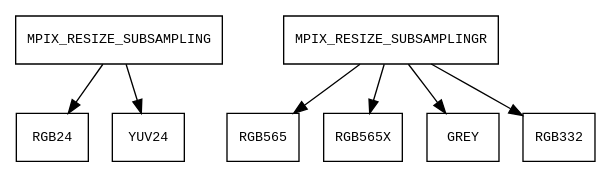
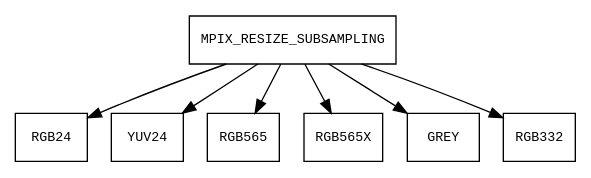
Before and after one commit to thecapn32/libmpix: the diagram in docs/dot/op_resize.dot, drawn with Graphviz.

Commit message:
docs: fix typo in the dot scripts

```diff
--- a/docs/dot/op_resize.dot
+++ b/docs/dot/op_resize.dot
@@ -1,27 +1,27 @@
 digraph mpix_op_convert_list {
     node [fontname=monospace, fontsize=10, shape=record];
 
     RGB24 [ label="RGB24" URL="@ref MPIX_FMT_RGB24"];
     MPIX_RESIZE_SUBSAMPLING [ label="MPIX_RESIZE_SUBSAMPLING" URL="@ref MPIX_RESIZE_MPIX_RESIZE_SUBSAMPLING"];
     MPIX_RESIZE_SUBSAMPLING -> RGB24 [label="", fontname=monospace, fontsize=9];
 
     YUV24 [ label="YUV24" URL="@ref MPIX_FMT_YUV24"];
     MPIX_RESIZE_SUBSAMPLING [ label="MPIX_RESIZE_SUBSAMPLING" URL="@ref MPIX_RESIZE_MPIX_RESIZE_SUBSAMPLING"];
     MPIX_RESIZE_SUBSAMPLING -> YUV24 [label="", fontname=monospace, fontsize=9];
 
     RGB565 [ label="RGB565" URL="@ref MPIX_FMT_RGB565"];
-    MPIX_RESIZE_SUBSAMPLINGR [ label="MPIX_RESIZE_SUBSAMPLINGR" URL="@ref MPIX_RESIZE_MPIX_RESIZE_SUBSAMPLINGR"];
-    MPIX_RESIZE_SUBSAMPLINGR -> RGB565 [label="", fontname=monospace, fontsize=9];
+    MPIX_RESIZE_SUBSAMPLING [ label="MPIX_RESIZE_SUBSAMPLING" URL="@ref MPIX_RESIZE_MPIX_RESIZE_SUBSAMPLING"];
+    MPIX_RESIZE_SUBSAMPLING -> RGB565 [label="", fontname=monospace, fontsize=9];
 
     RGB565X [ label="RGB565X" URL="@ref MPIX_FMT_RGB565X"];
-    MPIX_RESIZE_SUBSAMPLINGR [ label="MPIX_RESIZE_SUBSAMPLINGR" URL="@ref MPIX_RESIZE_MPIX_RESIZE_SUBSAMPLINGR"];
-    MPIX_RESIZE_SUBSAMPLINGR -> RGB565X [label="", fontname=monospace, fontsize=9];
+    MPIX_RESIZE_SUBSAMPLING [ label="MPIX_RESIZE_SUBSAMPLING" URL="@ref MPIX_RESIZE_MPIX_RESIZE_SUBSAMPLING"];
+    MPIX_RESIZE_SUBSAMPLING -> RGB565X [label="", fontname=monospace, fontsize=9];
 
     GREY [ label="GREY" URL="@ref MPIX_FMT_GREY"];
-    MPIX_RESIZE_SUBSAMPLINGR [ label="MPIX_RESIZE_SUBSAMPLINGR" URL="@ref MPIX_RESIZE_MPIX_RESIZE_SUBSAMPLINGR"];
-    MPIX_RESIZE_SUBSAMPLINGR -> GREY [label="", fontname=monospace, fontsize=9];
+    MPIX_RESIZE_SUBSAMPLING [ label="MPIX_RESIZE_SUBSAMPLING" URL="@ref MPIX_RESIZE_MPIX_RESIZE_SUBSAMPLING"];
+    MPIX_RESIZE_SUBSAMPLING -> GREY [label="", fontname=monospace, fontsize=9];
 
     RGB332 [ label="RGB332" URL="@ref MPIX_FMT_RGB332"];
-    MPIX_RESIZE_SUBSAMPLINGR [ label="MPIX_RESIZE_SUBSAMPLINGR" URL="@ref MPIX_RESIZE_MPIX_RESIZE_SUBSAMPLINGR"];
-    MPIX_RESIZE_SUBSAMPLINGR -> RGB332 [label="", fontname=monospace, fontsize=9];
+    MPIX_RESIZE_SUBSAMPLING [ label="MPIX_RESIZE_SUBSAMPLING" URL="@ref MPIX_RESIZE_MPIX_RESIZE_SUBSAMPLING"];
+    MPIX_RESIZE_SUBSAMPLING -> RGB332 [label="", fontname=monospace, fontsize=9];
 }
```
